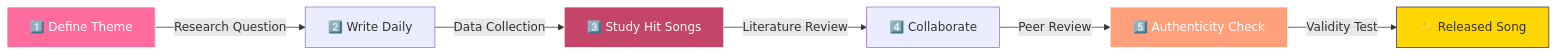
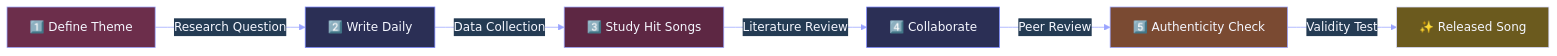
The sixth of 11 diagrams in README.md (Tim-Spurlin/Christian-Kota-Contributions-Snapshot), drawn with Mermaid before and after one commit. The commit also changed other lines of this file, not shown here.

Commit message:
Improve Mermaid diagram contrast across README

````diff
--- a/README.md
+++ b/README.md
@@ -254,13 +258,14 @@
 ```mermaid
+%%{init: {'theme':'base', 'themeVariables': { 'background':'#0f1220', 'primaryColor':'#2b2f55', 'primaryTextColor':'#f5f7ff', 'primaryBorderColor':'#7a86ff', 'lineColor':'#9aa4ff', 'secondaryColor':'#243b53', 'tertiaryColor':'#3f2a56', 'clusterBkg':'#1a1f38', 'clusterBorder':'#7a86ff', 'fontSize':'16px'}}}%%
 graph LR
     A[1️⃣ Define Theme] -->|Research Question| B[2️⃣ Write Daily]
     B -->|Data Collection| C[3️⃣ Study Hit Songs]
     C -->|Literature Review| D[4️⃣ Collaborate]
     D -->|Peer Review| E[5️⃣ Authenticity Check]
     E -->|Validity Test| F[✨ Released Song]
     
-    style A fill:#FF6B9D,stroke:#fff,color:#fff
-    style C fill:#C44569,stroke:#fff,color:#fff
-    style E fill:#FFA07A,stroke:#fff,color:#fff
-    style F fill:#FFD700,stroke:#333,color:#333
+    style A fill:#6c2e4b,stroke:#9aa4ff,color:#f5f7ff
+    style C fill:#5d2743,stroke:#9aa4ff,color:#f5f7ff
+    style E fill:#7a4a32,stroke:#9aa4ff,color:#f5f7ff
+    style F fill:#6b5a1e,stroke:#d8dcff,color:#f5f7ff
 ```
````
